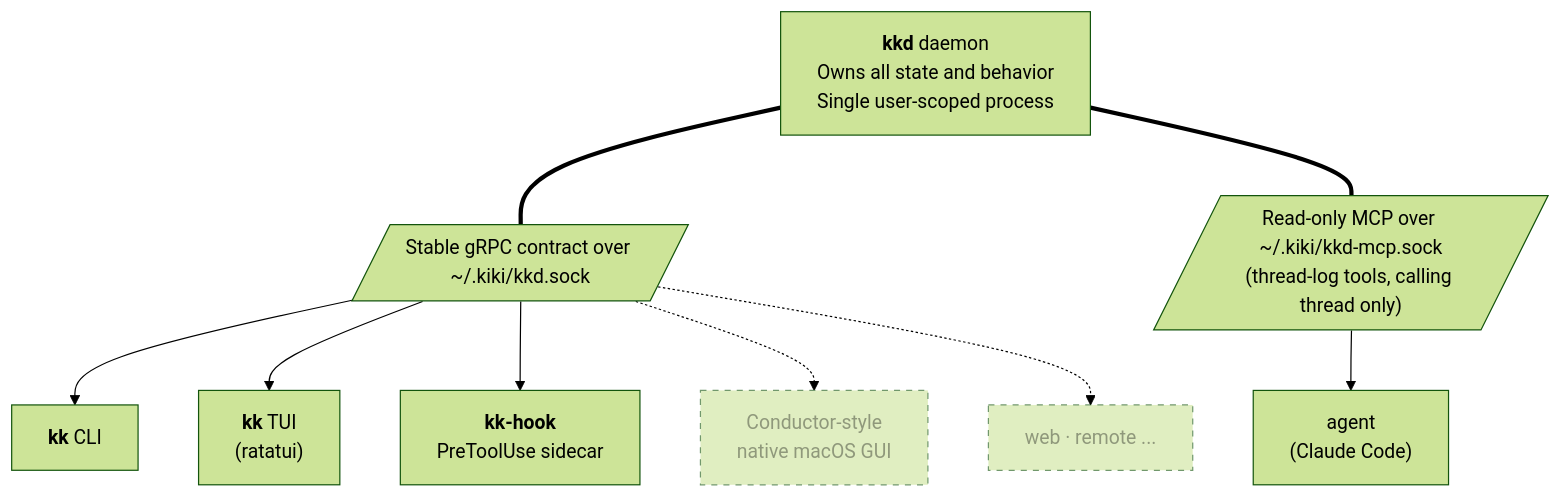
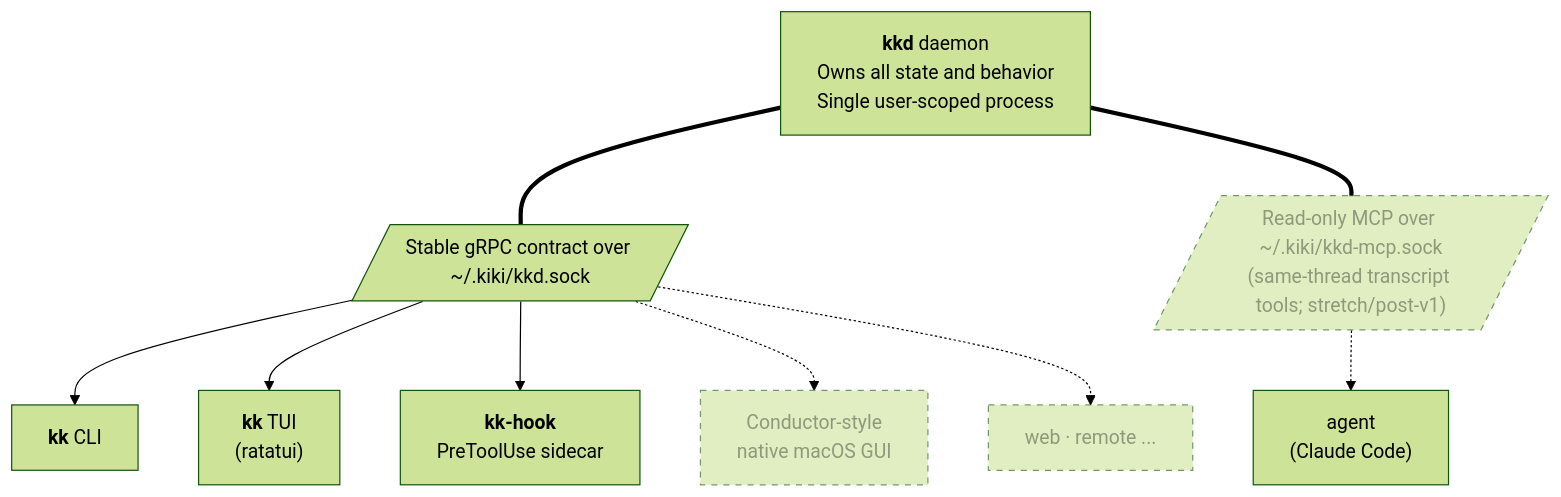
Before and after one commit to skeswa/kiki: the third of 3 diagrams in README.md, drawn with Mermaid (forest theme). The commit also changed other lines of this file and 12 other files, not shown here.

````diff
--- a/README.md
+++ b/README.md
@@ -138,24 +138,24 @@
 ```mermaid
 graph TD
     kkd["<b>kkd</b> daemon<br/>Owns all state and behavior<br/>Single user-scoped process"]
     socket[/"Stable gRPC contract over ~/.kiki/kkd.sock"/]
-    mcp[/"Read-only MCP over ~/.kiki/kkd-mcp.sock<br/>(thread-log tools, calling thread only)"/]
+    mcp[/"Read-only MCP over ~/.kiki/kkd-mcp.sock<br/>(same-thread transcript tools; stretch/post-v1)"/]
     cli["<b>kk</b> CLI"]
     tui["<b>kk</b> TUI<br/>(ratatui)"]
     hook["<b>kk-hook</b><br/>PreToolUse sidecar"]
     agent["agent<br/>(Claude Code)"]
     gui["Conductor-style<br/>native macOS GUI"]
     remote["web · remote ..."]
 
     kkd === socket
     kkd === mcp
     socket --> cli
     socket --> tui
     socket --> hook
-    mcp --> agent
+    mcp -.-> agent
     socket -.-> gui
     socket -.-> remote
 
     classDef future stroke-dasharray: 5 5,opacity:0.6
-    class gui,remote future
+    class mcp,gui,remote future
 ```
````
